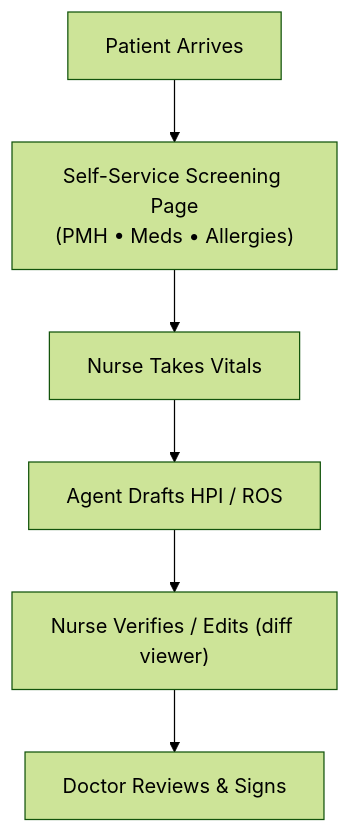
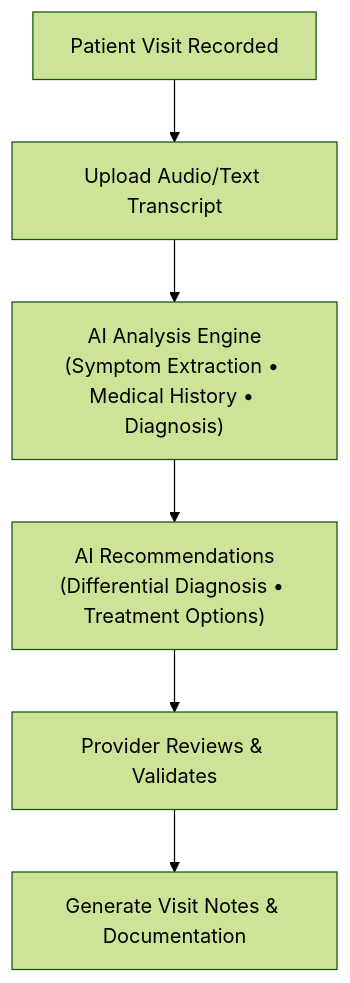
One commit to Duraman3444/PreExamChartingAgent changed the diagram in README.md. Above: the diagram before and after it, drawn with Mermaid (forest theme). The commit also changed other lines of this file, not shown here.

First line of the commit message:
Update README for visit transcript analysis focus

````diff
--- a/README.md
+++ b/README.md
@@ -16,8 +16,8 @@
 ```mermaid
 graph TD
-  PatientArrives["Patient Arrives"] --> Screening["Self-Service Screening Page<br/>(PMH • Meds • Allergies)"]
-  Screening --> Vitals["Nurse Takes Vitals"]
-  Vitals --> AgentDraft["Agent Drafts HPI / ROS"]
-  AgentDraft --> NurseVerify["Nurse Verifies / Edits (diff viewer)"]
-  NurseVerify --> DoctorReview["Doctor Reviews & Signs"]
+  VisitRecorded["Patient Visit Recorded"] --> TranscriptUpload["Upload Audio/Text Transcript"]
+  TranscriptUpload --> AIProcessing["AI Analysis Engine<br/>(Symptom Extraction • Medical History • Diagnosis)"]
+  AIProcessing --> Recommendations["AI Recommendations<br/>(Differential Diagnosis • Treatment Options)"]
+  Recommendations --> ProviderReview["Provider Reviews & Validates"]
+  ProviderReview --> Documentation["Generate Visit Notes & Documentation"]
 ```
````
